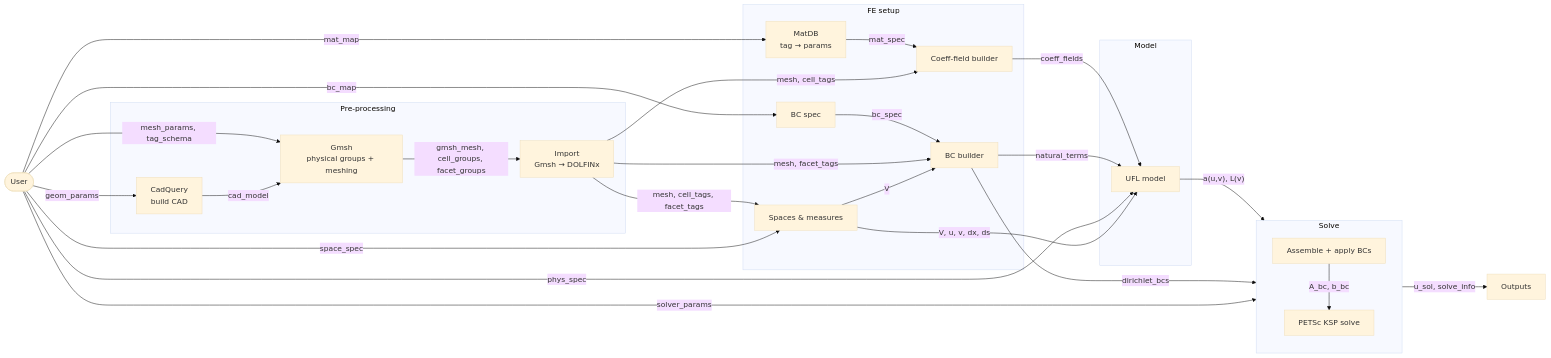
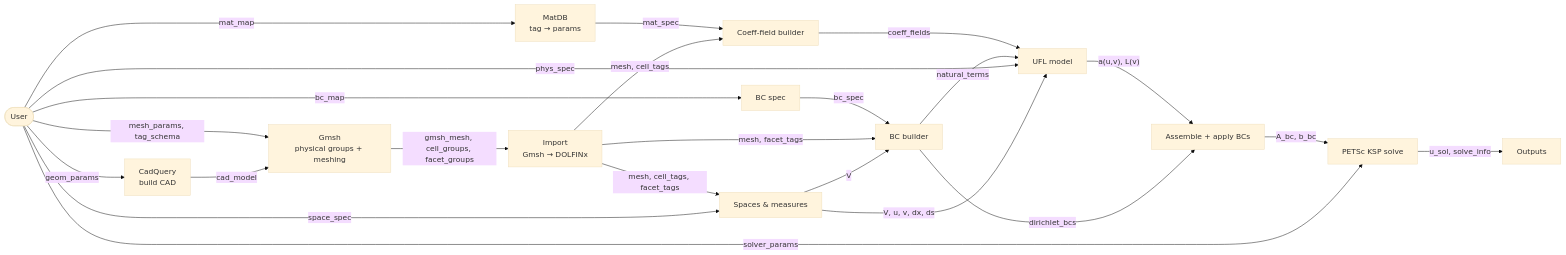
One commit to amannm/parts changed the diagram in linearsteady.mermaid. Above: the diagram before and after it, drawn with Mermaid (base theme). The commit also changed 3 other files, not shown here.

```diff
--- a/linearsteady.mermaid
+++ b/linearsteady.mermaid
@@ -1,50 +1,41 @@
 flowchart LR
     U([User])
-    subgraph Pre["Pre-processing"]
-        CQ["CadQuery\nbuild CAD"]
-        GM["Gmsh\nphysical groups + meshing"]
-        IM["Import\nGmsh → DOLFINx"]
-    end
-    subgraph FE["FE setup"]
-        FS["Spaces & measures"]
-        MDB["MatDB\ntag → params"]
-        CF["Coeff-field builder"]
-        BCS["BC spec"]
-        BCB["BC builder"]
-    end
-    subgraph Model["Model"]
-        PHYS["UFL model"]
-    end
-    subgraph Solve["Solve"]
-        direction TB
-        ASSY["Assemble + apply BCs"]
-        KSP["PETSc KSP solve"]
-    end
+    CQ["CadQuery\nbuild CAD"]
+    GM["Gmsh\nphysical groups + meshing"]
+    IM["Import\nGmsh → DOLFINx"]
+    FS["Spaces & measures"]
+    MDB["MatDB\ntag → params"]
+    CF["Coeff-field builder"]
+    BCS["BC spec"]
+    BCB["BC builder"]
+    PHYS["UFL model"]
+    ASSY["Assemble + apply BCs"]
+    KSP["PETSc KSP solve"]
     OUT["Outputs"]
 %% Geometry + mesh
     U -- geom_params --> CQ
     U -- " mesh_params, tag_schema " --> GM
     CQ -- cad_model --> GM
     GM -- " gmsh_mesh, cell_groups, facet_groups " --> IM
     IM -- " mesh, cell_tags, facet_tags " --> FS
 %% Spaces
     U -- space_spec --> FS
 %% Materials / coefficients
     U -- mat_map --> MDB
     MDB -- mat_spec --> CF
     IM -- " mesh, cell_tags " --> CF
     CF -- coeff_fields --> PHYS
 %% Boundary conditions
     U -- bc_map --> BCS
     BCS -- bc_spec --> BCB
     IM -- " mesh, facet_tags " --> BCB
     FS -- V --> BCB
     BCB -- natural_terms --> PHYS
 %% Physics + forms
     U -- phys_spec --> PHYS
     FS -- " V, u, v, dx, ds " --> PHYS
     PHYS -- " a(u,v), L(v) " --> ASSY
     BCB -- dirichlet_bcs --> ASSY
     ASSY -- " A_bc, b_bc " --> KSP
     U -- solver_params --> KSP
     KSP -- " u_sol, solve_info " --> OUT
```
